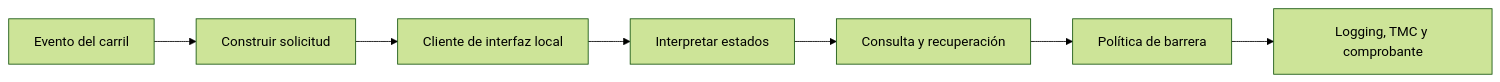
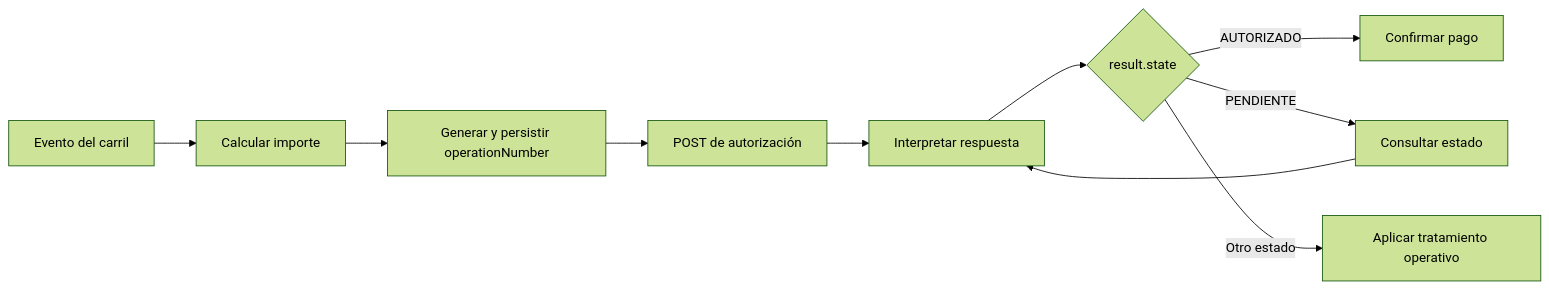
Before and after one commit to alignet-docs/alignet-developers: the diagram in procesamiento-fisico/alignet-transit/integradores/celsat/interfaz-scc-p5l.mdx, drawn with Mermaid (forest theme). The commit also changed other lines of this file and 13 other files, not shown here.

````diff
--- a/procesamiento-fisico/alignet-transit/integradores/celsat/interfaz-scc-p5l.mdx
+++ b/procesamiento-fisico/alignet-transit/integradores/celsat/interfaz-scc-p5l.mdx
@@ -24,9 +20,12 @@
 ```mermaid
 flowchart LR
-    EVENTO[Evento del carril] --> DATOS[Construir solicitud]
-    DATOS --> CONEXION[Cliente de interfaz local]
-    CONEXION --> ESTADOS[Interpretar estados]
-    ESTADOS --> RECUP[Consulta y recuperación]
-    RECUP --> BARRERA[Política de barrera]
-    BARRERA --> TMC[Logging, TMC y comprobante]
+    EVENT[Evento del carril] --> AMOUNT[Calcular importe]
+    AMOUNT --> ID[Generar y persistir operationNumber]
+    ID --> POST[POST de autorización]
+    POST --> PARSE[Interpretar respuesta]
+    PARSE --> DECISION{result.state}
+    DECISION -->|AUTORIZADO| APPROVE[Confirmar pago]
+    DECISION -->|PENDIENTE| GET[Consultar estado]
+    DECISION -->|Otro estado| HANDLE[Aplicar tratamiento operativo]
+    GET --> PARSE
 ```
````
